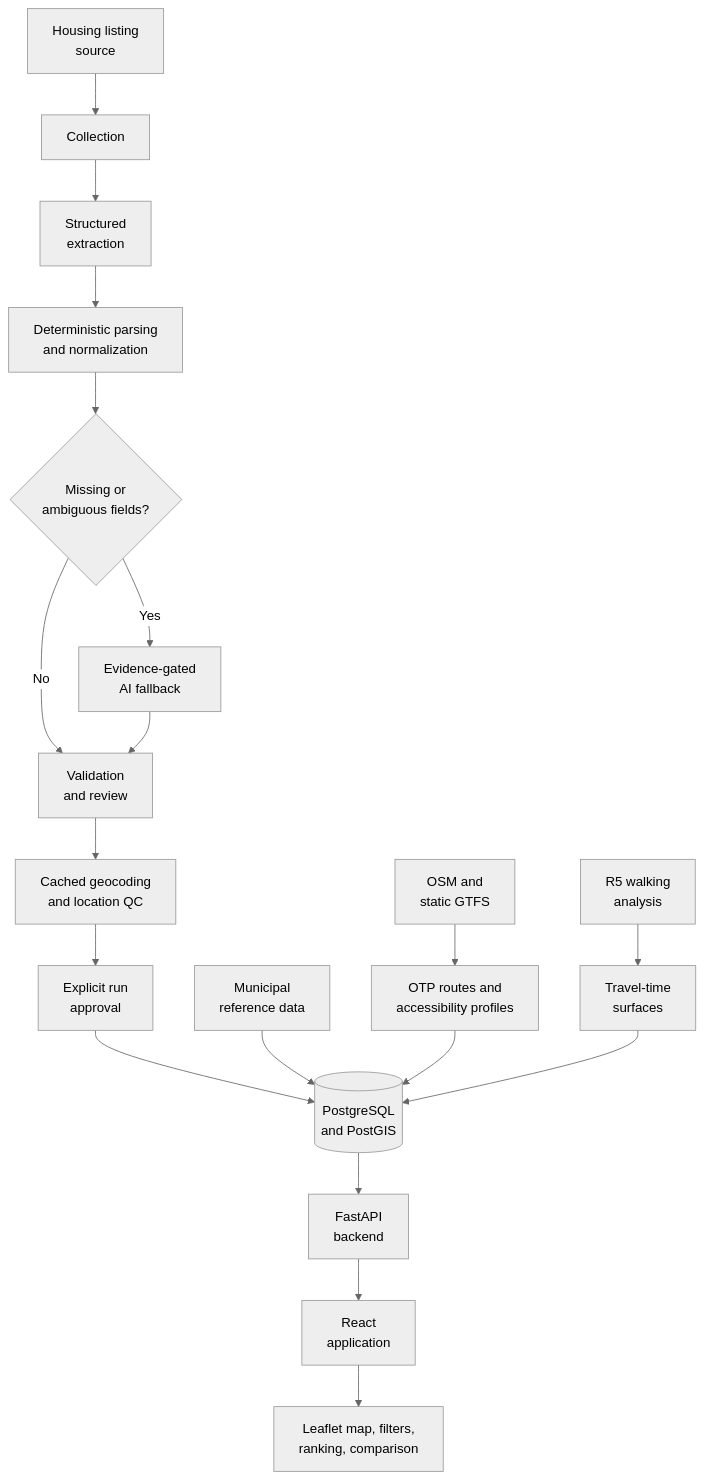
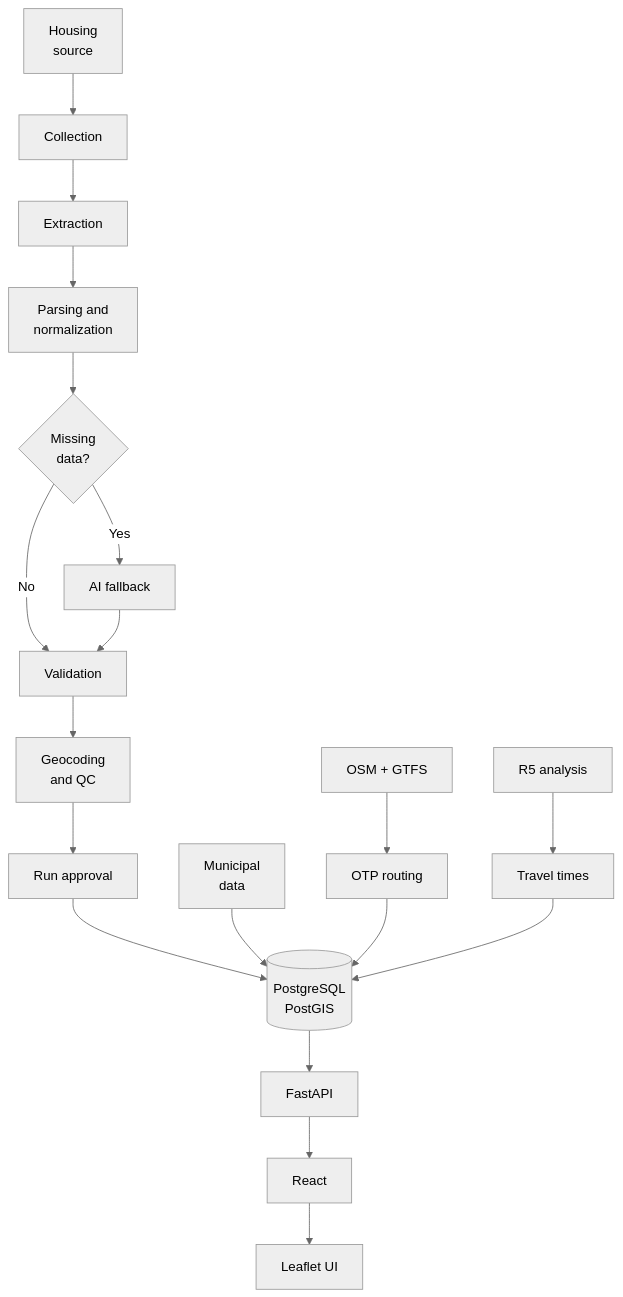
One commit to ymyung/uwo-housing-intelligence changed the diagram in README.md. Above: the diagram before and after it, drawn with Mermaid (neutral theme). The commit also changed other lines of this file, not shown here.

Commit message:
Revise architecture flowchart and component descriptions
Updated architecture diagram and added component details.

````diff
--- a/README.md
+++ b/README.md
@@ -41,27 +41,27 @@
 ```mermaid
 flowchart TD
-    A["Housing listing<br/>source"] --> B["Collection"]
-    B --> C["Structured<br/>extraction"]
-    C --> D["Deterministic parsing<br/>and normalization"]
-    D --> E{"Missing or<br/>ambiguous fields?"}
+    A["Housing<br/>source"] --> B["Collection"]
+    B --> C["Extraction"]
+    C --> D["Parsing and<br/>normalization"]
+    D --> E{"Missing<br/>data?"}
 
-    E -- Yes --> F["Evidence-gated<br/>AI fallback"]
-    E -- No --> G["Validation<br/>and review"]
+    E -- Yes --> F["AI fallback"]
+    E -- No --> G["Validation"]
     F --> G
 
-    G --> H["Cached geocoding<br/>and location QC"]
-    H --> I["Explicit run<br/>approval"]
-    I --> J[("PostgreSQL<br/>and PostGIS")]
+    G --> H["Geocoding<br/>and QC"]
+    H --> I["Run approval"]
+    I --> J[("PostgreSQL<br/>PostGIS")]
 
-    K["Municipal<br/>reference data"] --> J
+    K["Municipal<br/>data"] --> J
 
-    L["OSM and<br/>static GTFS"] --> M["OTP routes and<br/>accessibility profiles"]
-    N["R5 walking<br/>analysis"] --> O["Travel-time<br/>surfaces"]
+    L["OSM + GTFS"] --> M["OTP routing"]
+    N["R5 analysis"] --> O["Travel times"]
 
     M --> J
     O --> J
 
-    J --> P["FastAPI<br/>backend"]
-    P --> Q["React<br/>application"]
-    Q --> R["Leaflet map, filters,<br/>ranking, comparison"]
+    J --> P["FastAPI"]
+    P --> Q["React"]
+    Q --> R["Leaflet UI"]
 ```
````
